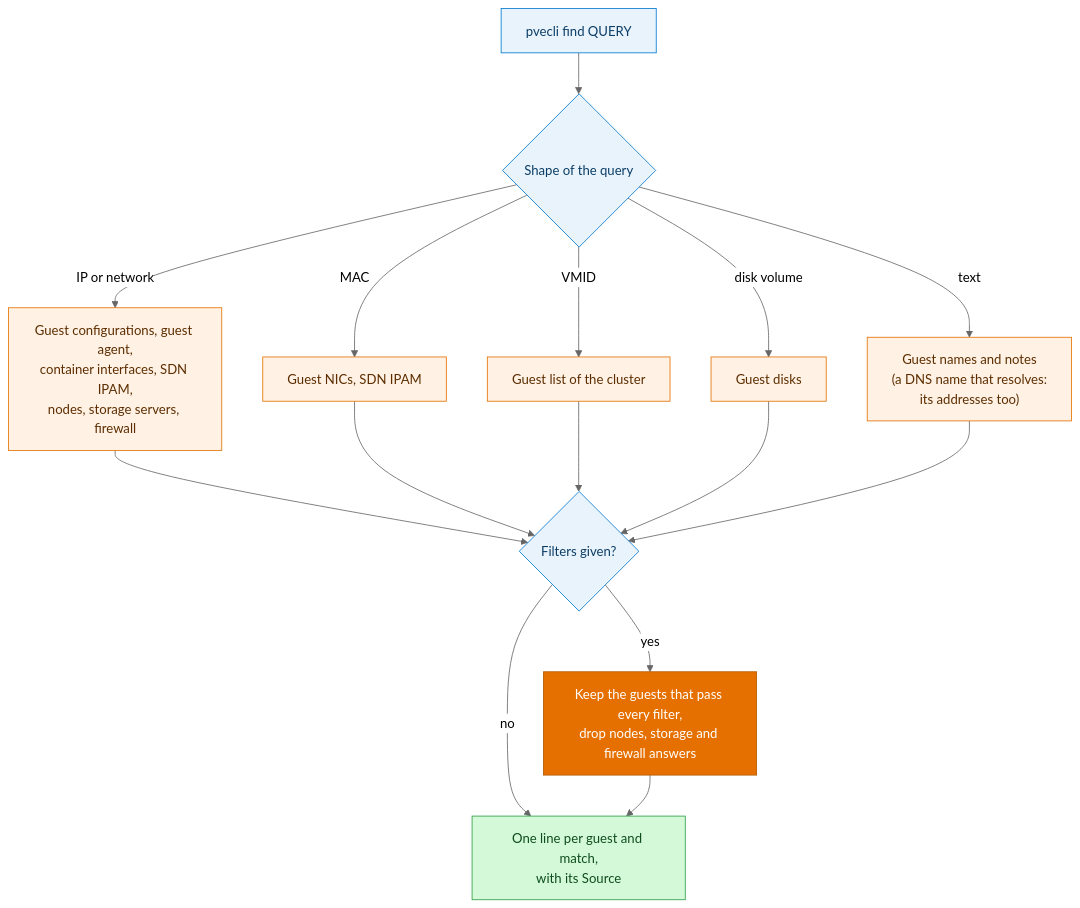
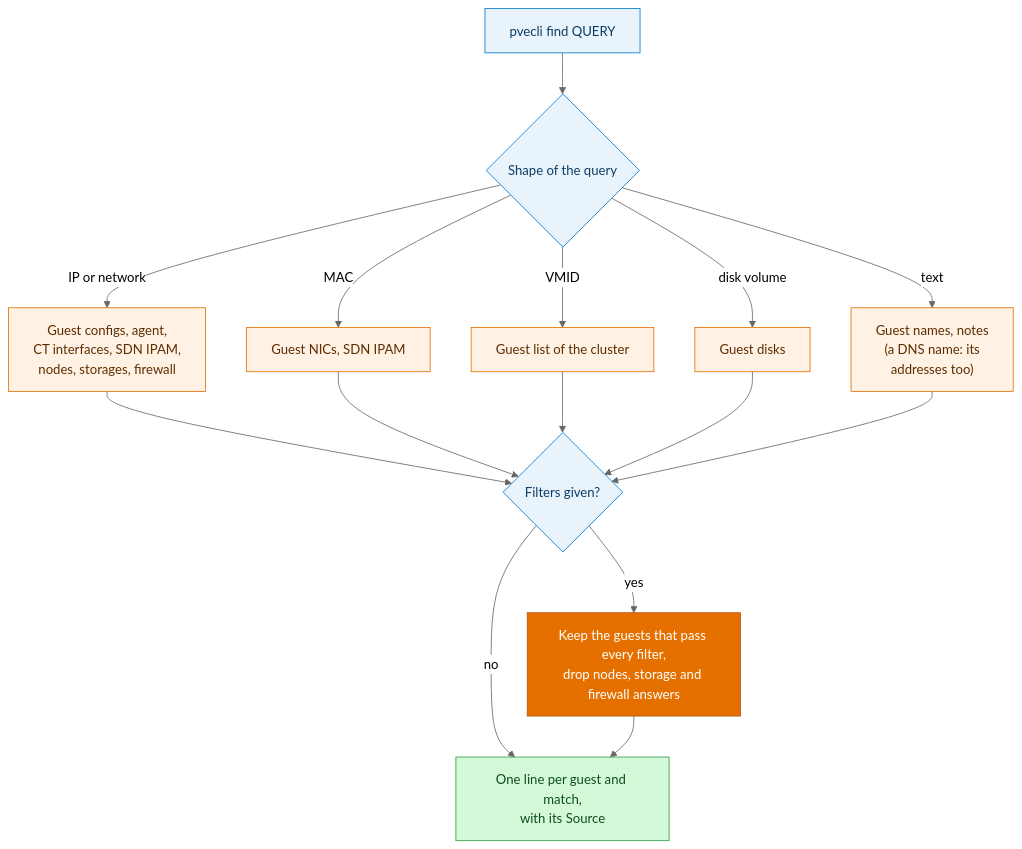
The diagram in docs/fleet/find.md (Helphyy/pvecli), drawn with Mermaid (neutral theme) before and after one commit. The commit also changed 19 other files, not shown here.

First line of the commit message:
Draw the diagrams at build time so they no longer pop in

````diff
--- a/docs/fleet/find.md
+++ b/docs/fleet/find.md
@@ -32,22 +32,22 @@
 ```mermaid
 flowchart TD
   Q["pvecli find QUERY"]:::check --> S{"Shape of the query"}:::check
-  S -- "IP or network" --> IP["Guest configurations, guest agent,<br/>container interfaces, SDN IPAM,<br/>nodes, storage servers, firewall"]:::step
+  S -- "IP or network" --> IP["Guest configs, agent,<br/>CT interfaces, SDN IPAM,<br/>nodes, storages, firewall"]:::step
   S -- "MAC" --> MAC["Guest NICs, SDN IPAM"]:::step
   S -- "VMID" --> ID["Guest list of the cluster"]:::step
   S -- "disk volume" --> VOL["Guest disks"]:::step
-  S -- "text" --> TXT["Guest names and notes<br/>(a DNS name that resolves:<br/>its addresses too)"]:::step
+  S -- "text" --> TXT["Guest names, notes<br/>(a DNS name: its<br/>addresses too)"]:::step
   IP --> F{"Filters given?"}:::check
   MAC --> F
   ID --> F
   VOL --> F
   TXT --> F
   F -- yes --> G["Keep the guests that pass every filter,<br/>drop nodes, storage and firewall answers"]:::run
   F -- no --> T["One line per guest and match,<br/>with its Source"]:::done
   G --> T
 
   classDef check fill:#e8f3fc,stroke:#0078cf,color:#0b3d66
   classDef run fill:#e57000,stroke:#b35800,color:#ffffff
   classDef step fill:#fff1e3,stroke:#e57000,color:#5c2d00
   classDef done fill:#d3f9d8,stroke:#2f9e44,color:#0f4d1c
 ```
````
